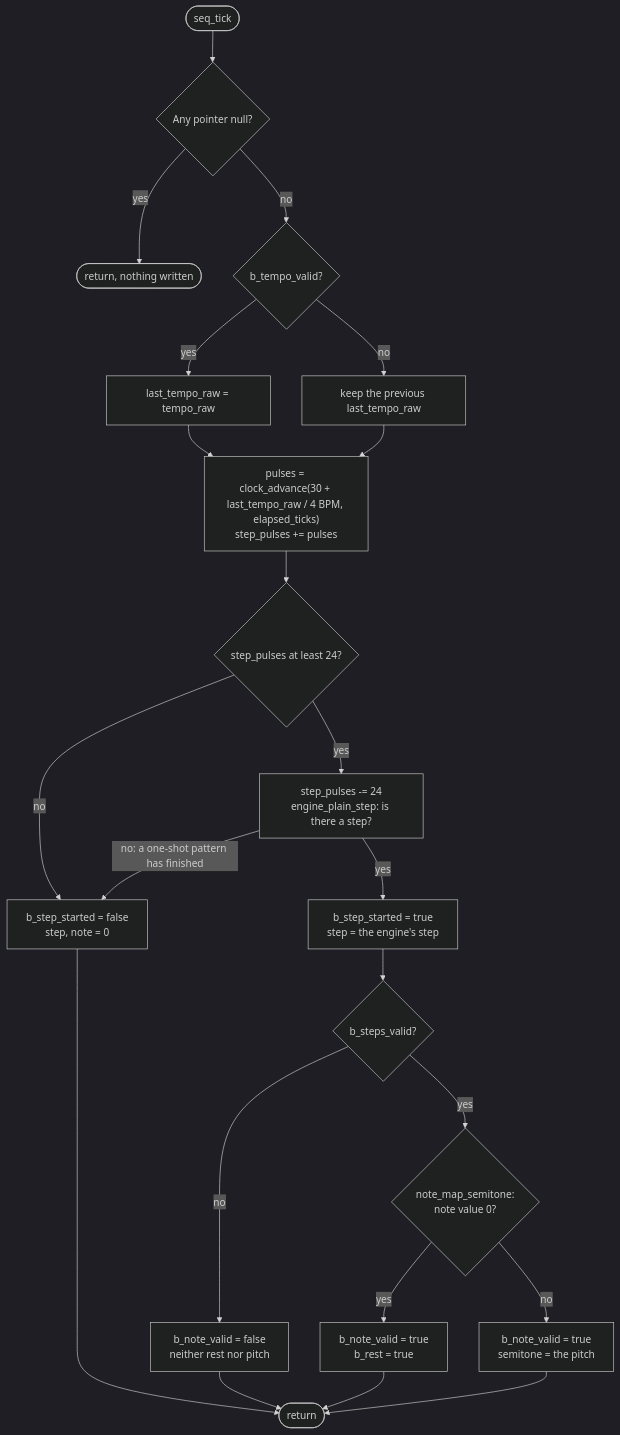
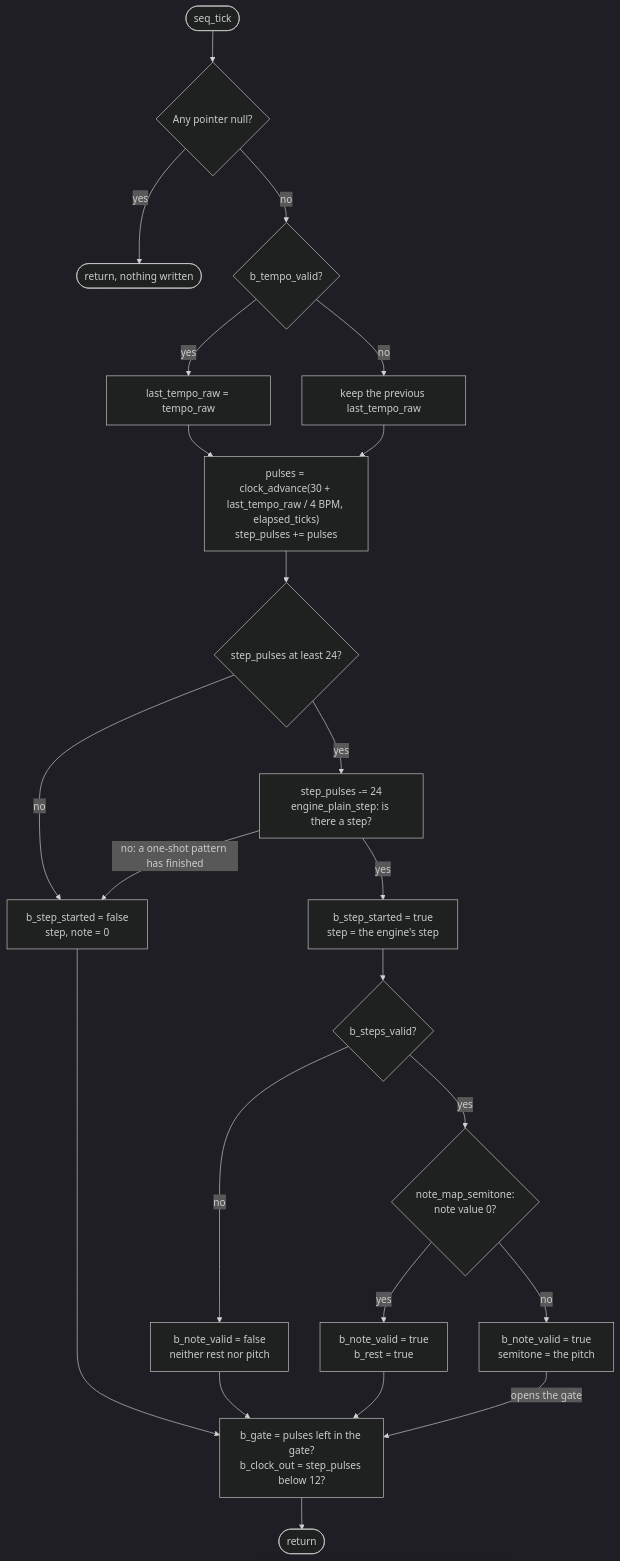
One commit to BonelessPig/nano_sequencer changed the seventh of 20 diagrams in docs/ARCHITECTURE.md. Above: the diagram before and after it, drawn with Mermaid (dark theme). The commit also changed other lines of this file and 33 other files, not shown here.

First line of the commit message:
Phase 3: gate and clock outputs

````diff
--- a/docs/ARCHITECTURE.md
+++ b/docs/ARCHITECTURE.md
@@ -277,24 +303,25 @@
 ```mermaid
 flowchart TD
     start(["seq_tick"]) --> nullcheck{"Any pointer null?"}
     nullcheck -->|"yes"| done(["return, nothing written"])
     nullcheck -->|"no"| tempo{"b_tempo_valid?"}
     tempo -->|"yes"| store["last_tempo_raw = tempo_raw"]
     tempo -->|"no"| keep["keep the previous last_tempo_raw"]
     store --> clock
     keep --> clock
     clock["pulses = clock_advance(30 + last_tempo_raw / 4 BPM, elapsed_ticks)<br/>step_pulses += pulses"] --> due{"step_pulses at least 24?"}
     due -->|"no"| idle["b_step_started = false<br/>step, note = 0"]
     due -->|"yes"| ask["step_pulses -= 24<br/>engine_plain_step: is there a step?"]
     ask -->|"no: a one-shot pattern has finished"| idle
     ask -->|"yes"| begin["b_step_started = true<br/>step = the engine's step"]
     begin --> steps{"b_steps_valid?"}
     steps -->|"no"| unknown["b_note_valid = false<br/>neither rest nor pitch"]
     steps -->|"yes"| map{"note_map_semitone:<br/>note value 0?"}
     map -->|"yes"| rest["b_note_valid = true<br/>b_rest = true"]
     map -->|"no"| pitch["b_note_valid = true<br/>semitone = the pitch"]
-    unknown --> out(["return"])
-    rest --> out
-    pitch --> out
-    idle --> out
+    unknown --> levels
+    rest --> levels
+    pitch -->|"opens the gate"| levels
+    idle --> levels
+    levels["b_gate = pulses left in the gate?<br/>b_clock_out = step_pulses below 12?"] --> out(["return"])
 ```
````
